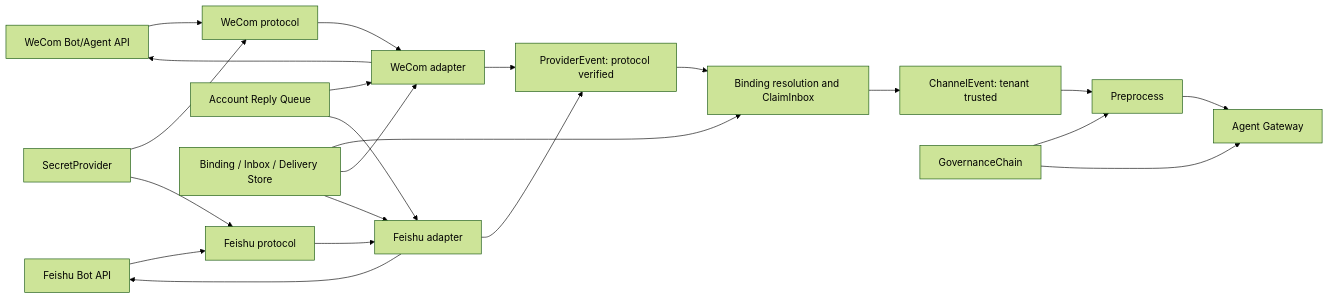
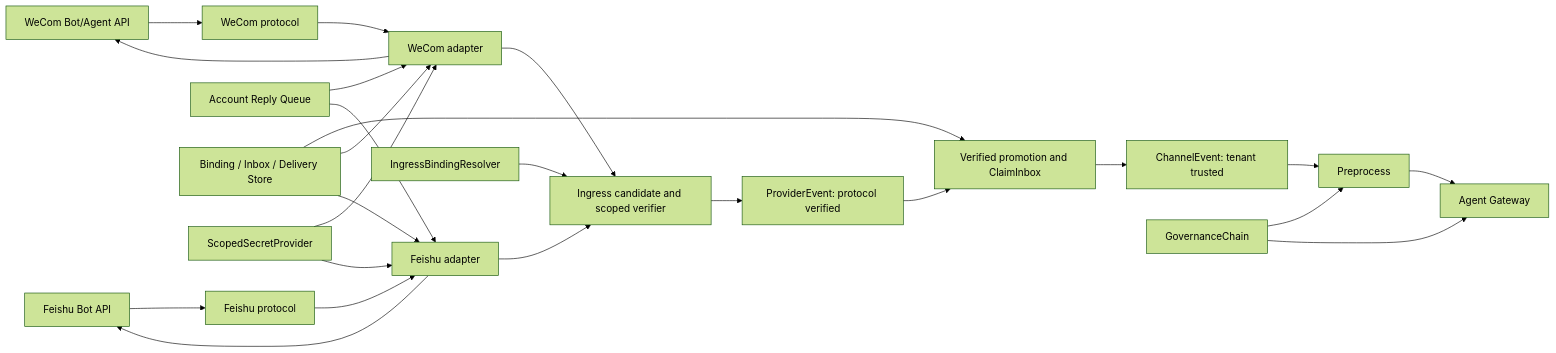
One commit to everfid-ever/trpc-agent-service changed the first of 6 diagrams in docs/design/4.channel-governance-security-design.md. Above: the diagram before and after it, drawn with Mermaid (forest theme). The commit also changed other lines of this file and 8 other files, not shown here.

````diff
--- a/docs/design/4.channel-governance-security-design.md
+++ b/docs/design/4.channel-governance-security-design.md
@@ -84,24 +85,26 @@
 ```mermaid
 flowchart LR
     WC[WeCom Bot/Agent API] --> WCP[WeCom protocol]
     FS[Feishu Bot API] --> FSP[Feishu protocol]
     WCP --> WCA[WeCom adapter]
     FSP --> FSA[Feishu adapter]
-    WCA --> PE[ProviderEvent: protocol verified]
-    FSA --> PE
-    PE --> BC[Binding resolution and ClaimInbox]
+    WCA --> IC[Ingress candidate and scoped verifier]
+    FSA --> IC
+    IC --> PE[ProviderEvent: protocol verified]
+    PE --> BC[Verified promotion and ClaimInbox]
     BC --> CE[ChannelEvent: tenant trusted]
     CE --> PP[Preprocess]
     PP --> GW[Agent Gateway]
     RQ[Account Reply Queue] --> WCA
     RQ --> FSA
     WCA --> WC
     FSA --> FS
     BS[Binding / Inbox / Delivery Store] --> BC
     BS --> WCA
     BS --> FSA
-    SP[SecretProvider] --> WCP
-    SP --> FSP
+    IR[IngressBindingResolver] --> IC
+    SP[ScopedSecretProvider] --> WCA
+    SP --> FSA
     GC[GovernanceChain] --> PP
     GC --> GW
 ```
````
